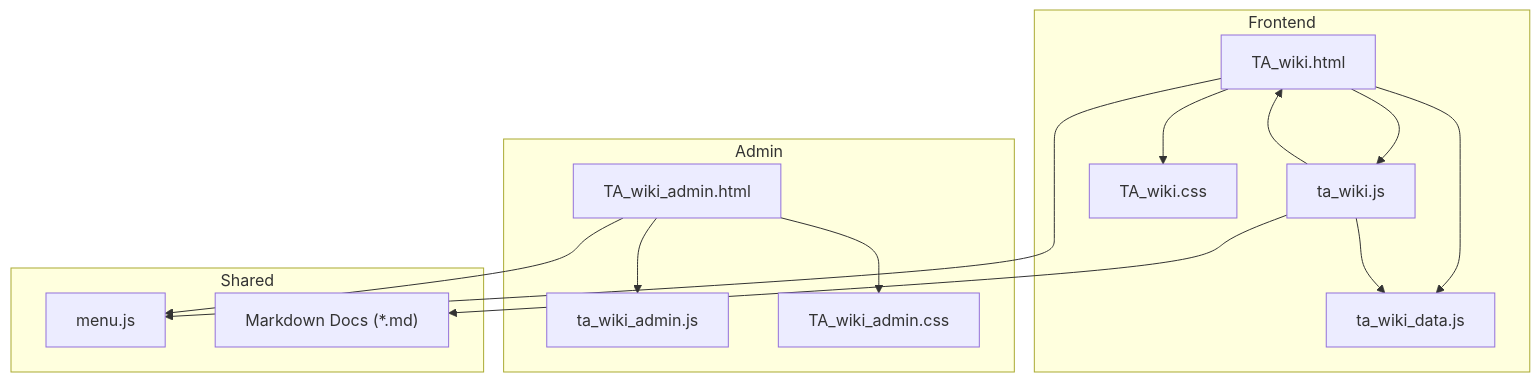
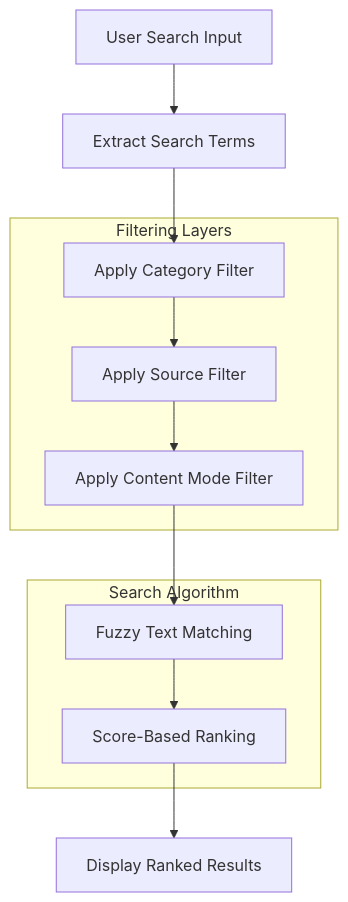
The third of 5 diagrams in .qoder/repowiki/en/content/Knowledge Base System/Knowledge Base System.md (treasureGrove/TAWEBTOOL), drawn with Mermaid before and after one commit. The commit also changed other lines of this file and 101 other files, not shown here.

````diff
--- a/.qoder/repowiki/en/content/Knowledge Base System/Knowledge Base System.md
+++ b/.qoder/repowiki/en/content/Knowledge Base System/Knowledge Base System.md
@@ -40,28 +136,19 @@
 ```mermaid
-graph TB
-subgraph "Frontend"
-wiki_html["TA_wiki.html"]
-wiki_js["ta_wiki.js"]
-wiki_data["ta_wiki_data.js"]
-wiki_css["TA_wiki.css"]
+flowchart TD
+UserInput["User Search Input"] --> TermExtraction["Extract Search Terms"]
+TermExtraction --> CategoryFilter["Apply Category Filter"]
+CategoryFilter --> SourceFilter["Apply Source Filter"]
+SourceFilter --> ModeFilter["Apply Content Mode Filter"]
+ModeFilter --> FuzzySearch["Fuzzy Text Matching"]
+FuzzySearch --> Ranking["Score-Based Ranking"]
+Ranking --> Results["Display Ranked Results"]
+subgraph "Filtering Layers"
+CategoryFilter
+SourceFilter
+ModeFilter
 end
-subgraph "Admin"
-admin_html["TA_wiki_admin.html"]
-admin_js["ta_wiki_admin.js"]
-admin_css["TA_wiki_admin.css"]
+subgraph "Search Algorithm"
+FuzzySearch
+Ranking
 end
-subgraph "Shared"
-menu_js["menu.js"]
-md_docs["Markdown Docs (*.md)"]
-end
-wiki_html --> wiki_js
-wiki_html --> wiki_data
-wiki_html --> wiki_css
-wiki_js --> wiki_data
-wiki_js --> wiki_html
-admin_html --> admin_js
-admin_html --> admin_css
-wiki_html --> menu_js
-admin_html --> menu_js
-wiki_js --> md_docs
 ```
````
